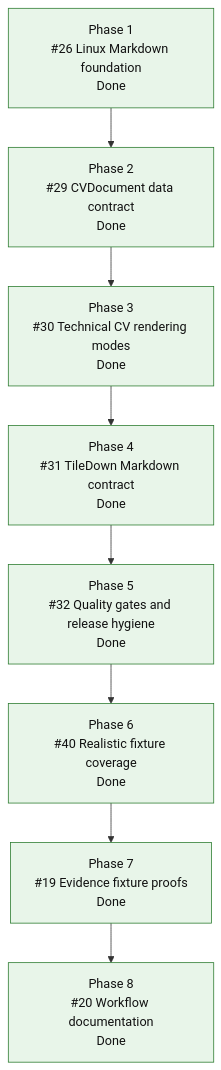
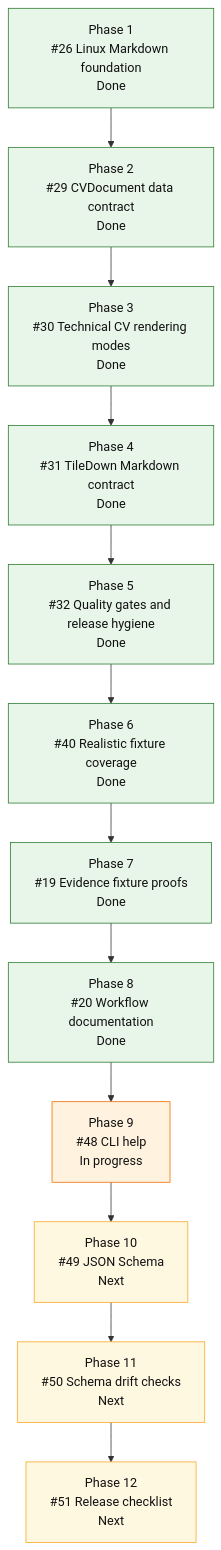
The diagram in README.md (mihaelamj/cvbuilder), drawn with Mermaid before and after one commit. The commit also changed other lines of this file and 6 other files, not shown here.

Commit message:
feat(cli): add help output

````diff
--- a/README.md
+++ b/README.md
@@ -156,22 +163,28 @@
 ```mermaid
 flowchart TD
     P1["Phase 1<br/>#26 Linux Markdown foundation<br/>Done"]
     P2["Phase 2<br/>#29 CVDocument data contract<br/>Done"]
     P3["Phase 3<br/>#30 Technical CV rendering modes<br/>Done"]
     P4["Phase 4<br/>#31 TileDown Markdown contract<br/>Done"]
     P5["Phase 5<br/>#32 Quality gates and release hygiene<br/>Done"]
     P6["Phase 6<br/>#40 Realistic fixture coverage<br/>Done"]
     P7["Phase 7<br/>#19 Evidence fixture proofs<br/>Done"]
     P8["Phase 8<br/>#20 Workflow documentation<br/>Done"]
+    P9["Phase 9<br/>#48 CLI help<br/>In progress"]
+    P10["Phase 10<br/>#49 JSON Schema<br/>Next"]
+    P11["Phase 11<br/>#50 Schema drift checks<br/>Next"]
+    P12["Phase 12<br/>#51 Release checklist<br/>Next"]
 
-    P1 --> P2 --> P3 --> P4 --> P5 --> P6 --> P7 --> P8
+    P1 --> P2 --> P3 --> P4 --> P5 --> P6 --> P7 --> P8 --> P9 --> P10 --> P11 --> P12
 
     classDef done fill:#e8f5e9,stroke:#2e7d32,color:#111;
     classDef active fill:#fff3e0,stroke:#ef6c00,color:#111;
     classDef review fill:#e8f0fe,stroke:#1a73e8,color:#111;
     classDef next fill:#fff8e1,stroke:#f9a825,color:#111;
     classDef partial fill:#e0f7fa,stroke:#00838f,color:#111;
     classDef todo fill:#eef3ff,stroke:#3367d6,color:#111;
     class P1,P2,P3,P4 done;
     class P5,P6,P7,P8 done;
+    class P9 active;
+    class P10,P11,P12 next;
 ```
````
